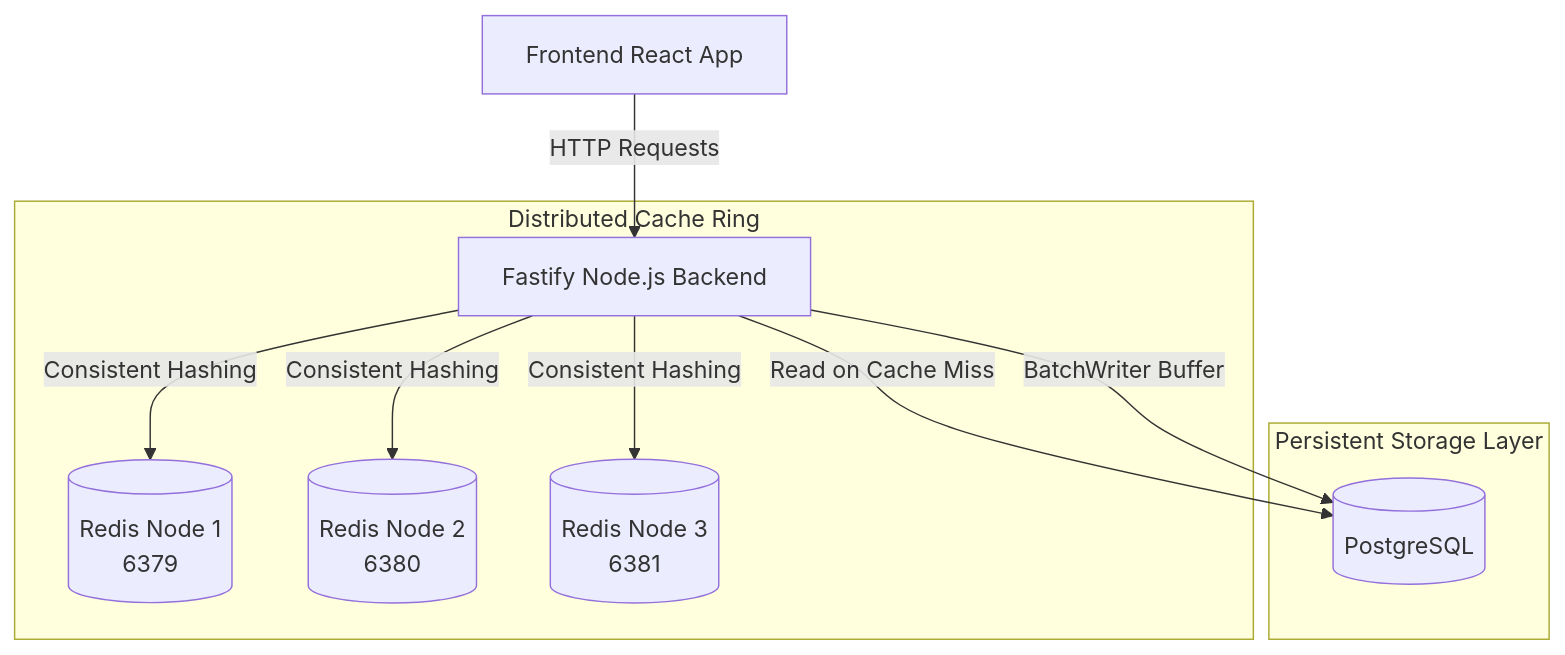
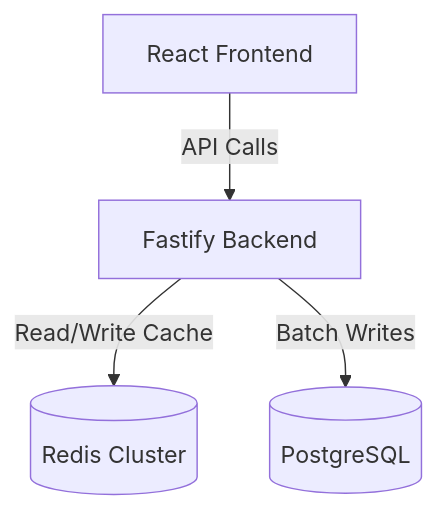
One commit to Naren456/typeahead changed the diagram in README.md. Above: the diagram before and after it, drawn with Mermaid. The commit also changed other lines of this file and 1 other file, not shown here.

````diff
--- a/README.md
+++ b/README.md
@@ -30,15 +30,7 @@
 ```mermaid
 graph TD
-    Client[Frontend React App] -->|HTTP Requests| API[Fastify Node.js Backend]
+    Client[React Frontend] -->|API Calls| API[Fastify Backend]
     
-    subgraph Distributed Cache Ring
-        API -- Consistent Hashing --> R1[(Redis Node 1\n6379)]
-        API -- Consistent Hashing --> R2[(Redis Node 2\n6380)]
-        API -- Consistent Hashing --> R3[(Redis Node 3\n6381)]
-    end
-    
-    subgraph Persistent Storage Layer
-        API -- Read on Cache Miss --> DB[(PostgreSQL)]
-        API -- BatchWriter Buffer --> DB
-    end
+    API -->|Read/Write Cache| Redis[(Redis Cluster)]
+    API -->|Batch Writes| DB[(PostgreSQL)]
 ```
````
